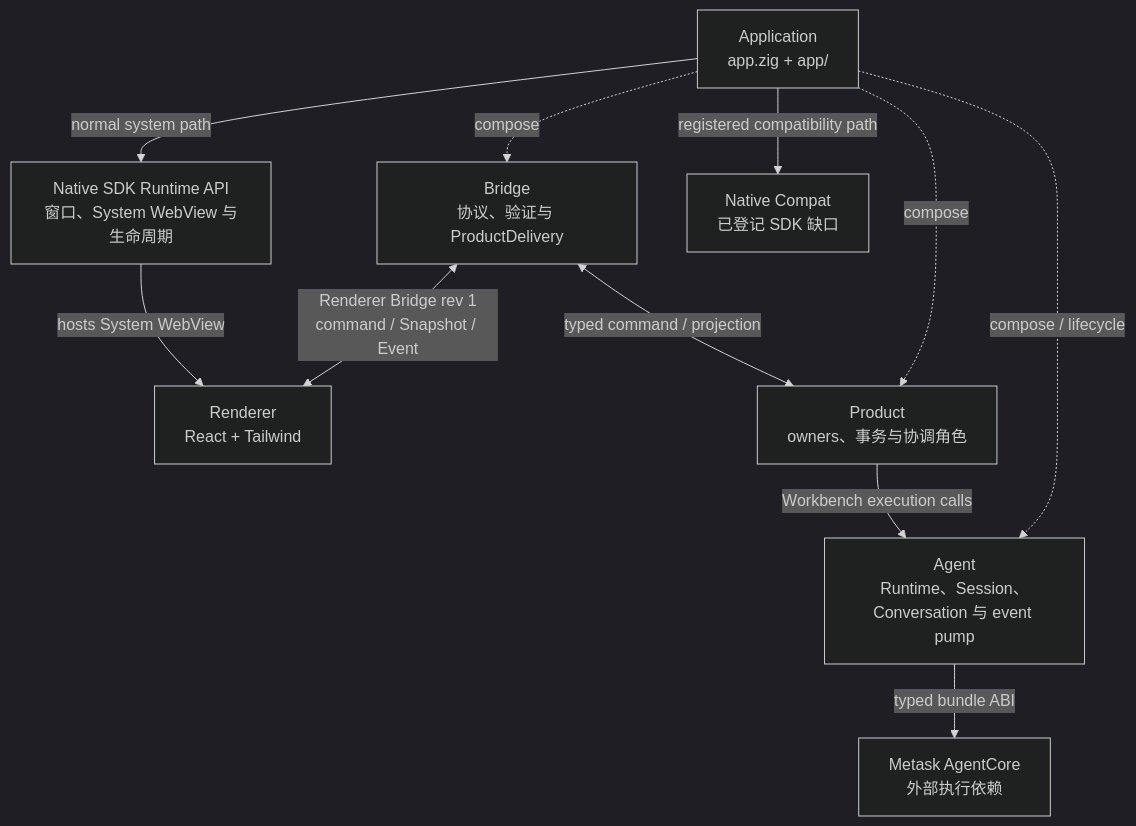
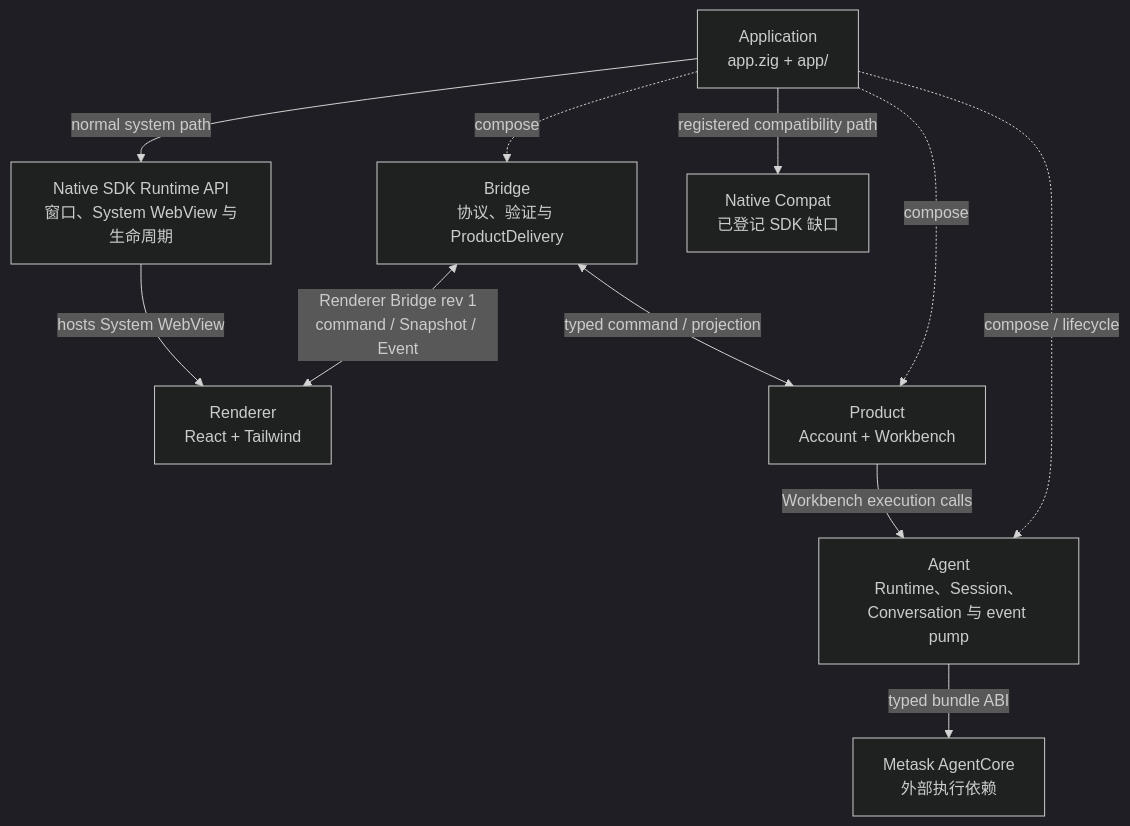
The diagram in docs/architecture.md (metask-ai/metawork), drawn with Mermaid (dark theme) before and after one commit. The commit also changed other lines of this file and 13 other files, not shown here.

Commit message:
docs(architecture): finalize application boundaries

````diff
--- a/docs/architecture.md
+++ b/docs/architecture.md
@@ -27,22 +27,22 @@
 ```mermaid
 flowchart TB
     RENDERER["Renderer<br/>React + Tailwind"]
     APPLICATION["Application<br/>app.zig + app/"]
     BRIDGE["Bridge<br/>协议、验证与 ProductDelivery"]
-    PRODUCT["Product<br/>owners、事务与协调角色"]
+    PRODUCT["Product<br/>Account + Workbench"]
     AGENT["Agent<br/>Runtime、Session、Conversation 与 event pump"]
     AGENTCORE["Metask AgentCore<br/>外部执行依赖"]
     NATIVE_RUNTIME["Native SDK Runtime API<br/>窗口、System WebView 与生命周期"]
     NATIVE_COMPAT["Native Compat<br/>已登记 SDK 缺口"]
 
     APPLICATION -. "compose" .-> BRIDGE
     APPLICATION -. "compose" .-> PRODUCT
     APPLICATION -. "compose / lifecycle" .-> AGENT
     BRIDGE <-->|"Renderer Bridge rev 1<br/>command / Snapshot / Event"| RENDERER
     BRIDGE <-->|"typed command / projection"| PRODUCT
     PRODUCT -->|"Workbench execution calls"| AGENT
     AGENT -->|"typed bundle ABI"| AGENTCORE
     APPLICATION -->|"normal system path"| NATIVE_RUNTIME
     APPLICATION -->|"registered compatibility path"| NATIVE_COMPAT
     NATIVE_RUNTIME -->|"hosts System WebView"| RENDERER
 ```
````
